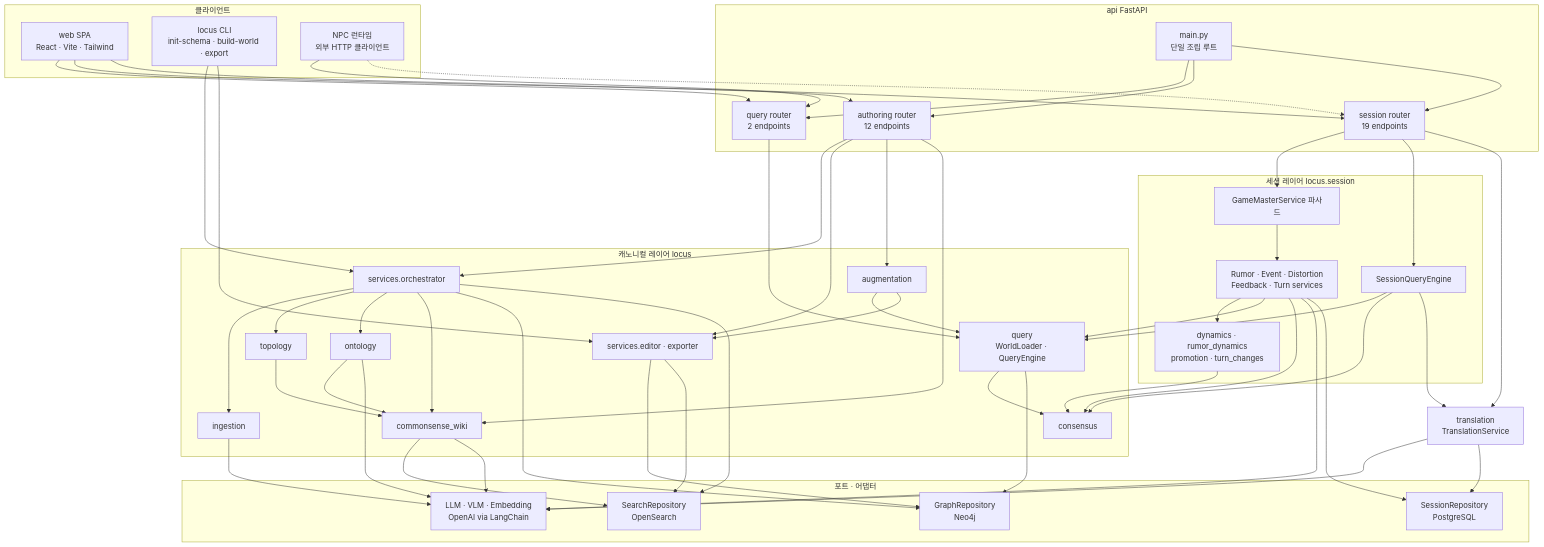
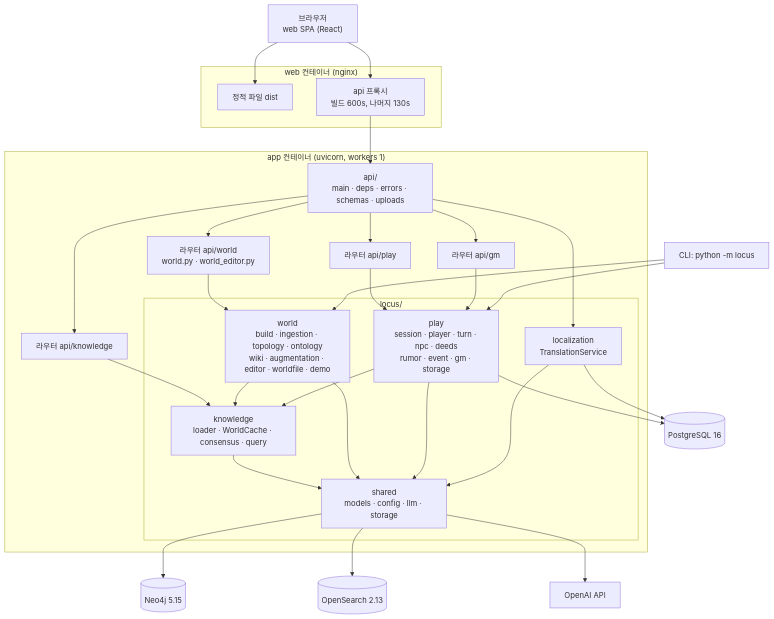
One commit to hongsam14/Locus changed the first of 5 diagrams in aidlc-docs/inception/reverse-engineering/architecture.md. Above: the diagram before and after it, drawn with Mermaid. The commit also changed other lines of this file and 38 other files, not shown here.

````diff
--- a/aidlc-docs/inception/reverse-engineering/architecture.md
+++ b/aidlc-docs/inception/reverse-engineering/architecture.md
@@ -19,97 +21,53 @@
 ```mermaid
 flowchart TB
-    subgraph Clients["클라이언트"]
-        Web["web SPA<br/>React · Vite · Tailwind"]
-        CLI["locus CLI<br/>init-schema · build-world · export"]
-        NPCC["NPC 런타임<br/>외부 HTTP 클라이언트"]
+    Browser["브라우저<br/>web SPA (React)"]
+    subgraph Web["web 컨테이너 (nginx)"]
+        Static["정적 파일 dist"]
+        Proxy["api 프록시<br/>빌드 600s, 나머지 130s"]
     end
+    subgraph App["app 컨테이너 (uvicorn, workers 1)"]
+        Api["api/<br/>main · deps · errors · schemas · uploads"]
+        RWorld["라우터 api/world<br/>world.py · world_editor.py"]
+        RKnow["라우터 api/knowledge"]
+        RPlay["라우터 api/play"]
+        RGm["라우터 api/gm"]
+        subgraph Locus["locus/"]
+            Shared["shared<br/>models · config · llm · storage"]
+            Know["knowledge<br/>loader · WorldCache · consensus · query"]
+            World["world<br/>build · ingestion · topology · ontology<br/>wiki · augmentation · editor · worldfile · demo"]
+            Play["play<br/>session · player · turn · npc · deeds<br/>rumor · event · gm · storage"]
+            L10n["localization<br/>TranslationService"]
+        end
+    end
+    Neo4j[("Neo4j 5.15")]
+    OS[("OpenSearch 2.13")]
+    PG[("PostgreSQL 16")]
+    OpenAI["OpenAI API"]
+    CLI["CLI: python -m locus"]
 
-    subgraph API["api FastAPI"]
-        Main["main.py<br/>단일 조립 루트"]
-        RQ["query router<br/>2 endpoints"]
-        RA["authoring router<br/>12 endpoints"]
-        RS["session router<br/>19 endpoints"]
-    end
-
-    subgraph Canon["캐노니컬 레이어 locus"]
-        Orch["services.orchestrator"]
-        Ing["ingestion"]
-        Topo["topology"]
-        Onto["ontology"]
-        Wiki["commonsense_wiki"]
-        Cons["consensus"]
-        Query["query<br/>WorldLoader · QueryEngine"]
-        Aug["augmentation"]
-        Edit["services.editor · exporter"]
-    end
-
-    subgraph Sess["세션 레이어 locus.session"]
-        GMS["GameMasterService 파사드"]
-        SubS["Rumor · Event · Distortion<br/>Feedback · Turn services"]
-        Pure["dynamics · rumor_dynamics<br/>promotion · turn_changes"]
-        SQE["SessionQueryEngine"]
-    end
-
-    Trans["translation<br/>TranslationService"]
-
-    subgraph Ports["포트 · 어댑터"]
-        GR["GraphRepository<br/>Neo4j"]
-        SR["SearchRepository<br/>OpenSearch"]
-        LLM["LLM · VLM · Embedding<br/>OpenAI via LangChain"]
-        SRepo["SessionRepository<br/>PostgreSQL"]
-    end
-
-    Web --> RQ
-    Web --> RA
-    Web --> RS
-    NPCC --> RQ
-    NPCC -.-> RS
-    CLI --> Orch
-    CLI --> Edit
-
-    Main --> RQ
-    Main --> RA
-    Main --> RS
-
-    RQ --> Query
-    RA --> Orch
-    RA --> Edit
-    RA --> Aug
-    RA --> Wiki
-    RS --> GMS
-    RS --> SQE
-    RS --> Trans
-
-    Orch --> Ing
-    Orch --> Topo
-    Orch --> Onto
-    Orch --> Wiki
-    Topo --> Wiki
-    Onto --> Wiki
-    Query --> Cons
-    Aug --> Query
-    Aug --> Edit
-
-    GMS --> SubS
-    SubS --> Pure
-    SubS --> Query
-    SubS --> Cons
-    SQE --> Query
-    SQE --> Cons
-    SQE --> Trans
-    Pure --> Cons
-
-    Orch --> GR
-    Orch --> SR
-    Query --> GR
-    Edit --> GR
-    Edit --> SR
-    Wiki --> SR
-    Ing --> LLM
-    Onto --> LLM
-    Wiki --> LLM
-    SubS --> LLM
-    Trans --> LLM
-    SubS --> SRepo
-    Trans --> SRepo
+    Browser --> Static
+    Browser --> Proxy
+    Proxy --> Api
+    Api --> RWorld
+    Api --> RKnow
+    Api --> RPlay
+    Api --> RGm
+    RWorld --> World
+    RKnow --> Know
+    RPlay --> Play
+    RGm --> Play
+    Api --> L10n
+    World --> Know
+    Play --> Know
+    Know --> Shared
+    World --> Shared
+    Play --> Shared
+    L10n --> Shared
+    Shared --> Neo4j
+    Shared --> OS
+    Shared --> OpenAI
+    Play --> PG
+    L10n --> PG
+    CLI --> World
+    CLI --> Play
 ```
````
